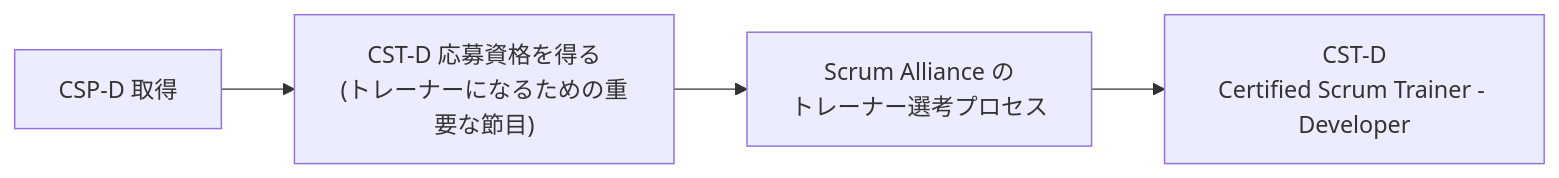
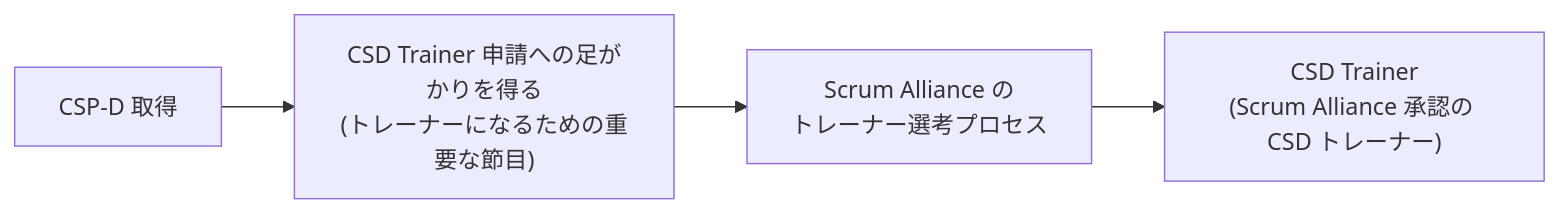
Before and after one commit to myoshi2891/Management-Team-Building-Studies: diagram 17 of 17 in Csp-d-certified-scrum-professional-developer-study-guide.md, drawn with Mermaid. The commit also changed other lines of this file and 4 other files, not shown here.

Commit message:
docs(sources): update Scrum Alliance study guides for accuracy and official guidelines

````diff
--- a/Csp-d-certified-scrum-professional-developer-study-guide.md
+++ b/Csp-d-certified-scrum-professional-developer-study-guide.md
@@ -764,6 +764,6 @@
 ```mermaid
 flowchart LR
-    A["CSP-D 取得"] --> B["CST-D 応募資格を得る\n(トレーナーになるための重要な節目)"]
+    A["CSP-D 取得"] --> B["CSD Trainer 申請への足がかりを得る\n(トレーナーになるための重要な節目)"]
     B --> C["Scrum Alliance の\nトレーナー選考プロセス"]
-    C --> D["CST-D\nCertified Scrum Trainer - Developer"]
+    C --> D["CSD Trainer\n(Scrum Alliance 承認の CSD トレーナー)"]
 ```
````
